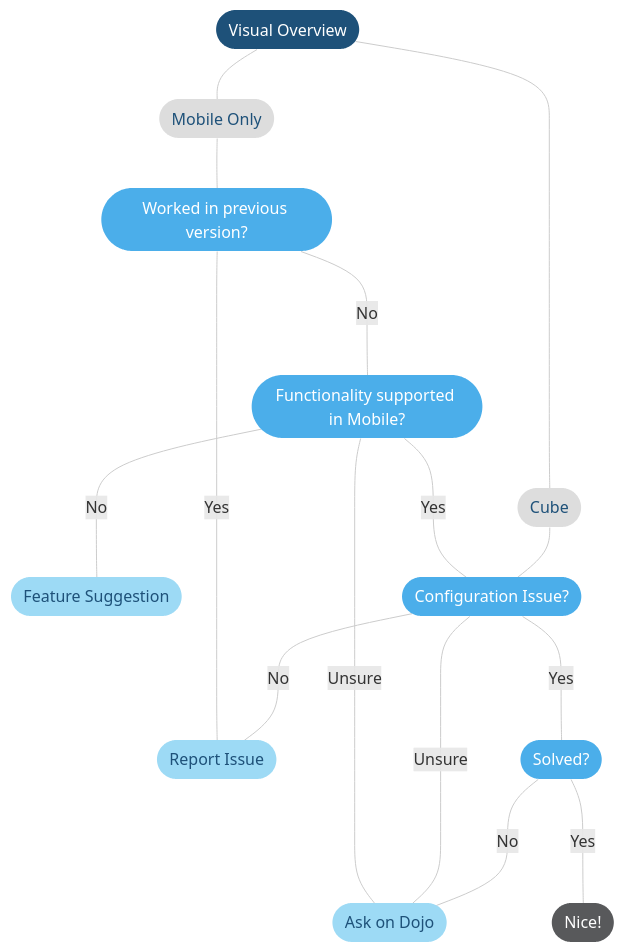
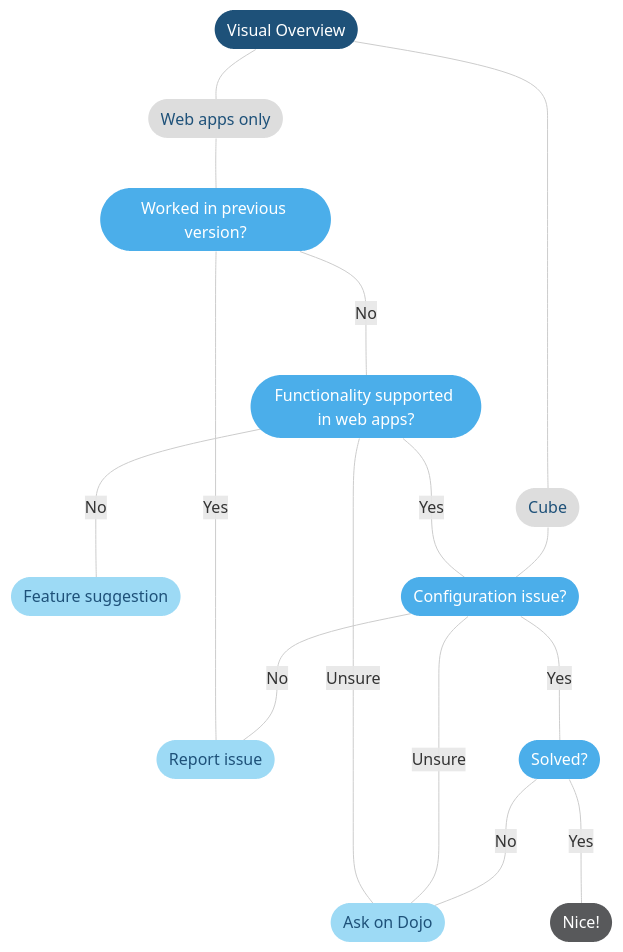
One commit to SkylineCommunications/dataminer-docs changed the diagram in user-guide/Troubleshooting/Troubleshooting_Flowcharts/Troubleshooting_Identify_Per_Module/Visual_Overview/Troubleshooting_Visual_Overview.md. Above: the diagram before and after it, drawn with Mermaid. The commit also changed other lines of this file and 2 other files, not shown here.

````diff
--- a/user-guide/Troubleshooting/Troubleshooting_Flowcharts/Troubleshooting_Identify_Per_Module/Visual_Overview/Troubleshooting_Visual_Overview.md
+++ b/user-guide/Troubleshooting/Troubleshooting_Flowcharts/Troubleshooting_Identify_Per_Module/Visual_Overview/Troubleshooting_Visual_Overview.md
@@ -9,48 +9,48 @@
 ```mermaid
 flowchart TD
     %% Define styles %%
     linkStyle default stroke:#cccccc
     classDef classTerminal fill:#1e5179,stroke:#1e5179,color:#ffffff,stroke-width:0px;
     classDef classDecision fill:#4baeea,stroke:#4baeea,color:#ffffff,stroke-width:0px;
     classDef classExternalRef fill:#9ddaf5,stroke:#9ddaf5,color:#1E5179,stroke-width:0px;
     classDef classActionClickable fill:#999999,stroke:#999999,color:#ffffff,stroke-width:0px;
     classDef classAction fill:#dddddd,stroke:#dddddd,color:#1E5179,stroke-width:0px;
     classDef classSolution fill:#58595b,stroke:#58595b,color:#ffffff,stroke-width:0px;
     %% Define blocks %%
     START([Visual Overview])
     Cube([Cube])
-    Mobile([Mobile Only])
+    Mobile([Web apps only])
     Regression([Worked in previous version?])
-    Supported([Functionality supported in Mobile?])
-    ReportIssue([Report Issue])
-    FeatureSuggestion([Feature Suggestion])
-    ConfigIssue([Configuration Issue?])
+    Supported([Functionality supported in web apps?])
+    ReportIssue([Report issue])
+    FeatureSuggestion([Feature suggestion])
+    ConfigIssue([Configuration issue?])
     Dojo([Ask on Dojo])
     Solved([Solved?])
     Nice([Nice!])
     %% Connect blocks %%
     START --- Cube
     START --- Mobile
     Mobile --- Regression
     Regression ---- |Yes| ReportIssue
     Regression ---- |No| Supported
     Supported ---- |No| FeatureSuggestion
     Supported ---- |Yes| ConfigIssue
     Supported ---- |Unsure| Dojo
     ConfigIssue ---- |Yes| Solved
     ConfigIssue ---- |No| ReportIssue
     ConfigIssue ---- |Unsure| Dojo
     Solved ---- |No| Dojo
     Solved ---- |Yes| Nice
     Cube --- ConfigIssue
     %% Define hyperlinks %%
     click ReportIssue "https://community.dataminer.services/dataminer-devops-support/"
     click FeatureSuggestion "https://community.dataminer.services/feature-suggestions"
     click Dojo "https://community.dataminer.services/questions"
     %% Apply styles to blocks %%
     class START classTerminal;
     class ReportIssue,FeatureSuggestion,Dojo classExternalRef;
     class Regression,Supported,ConfigIssue,Solved classDecision;
     class Cube,Mobile classAction;
     class Nice classSolution;
 ```
````
